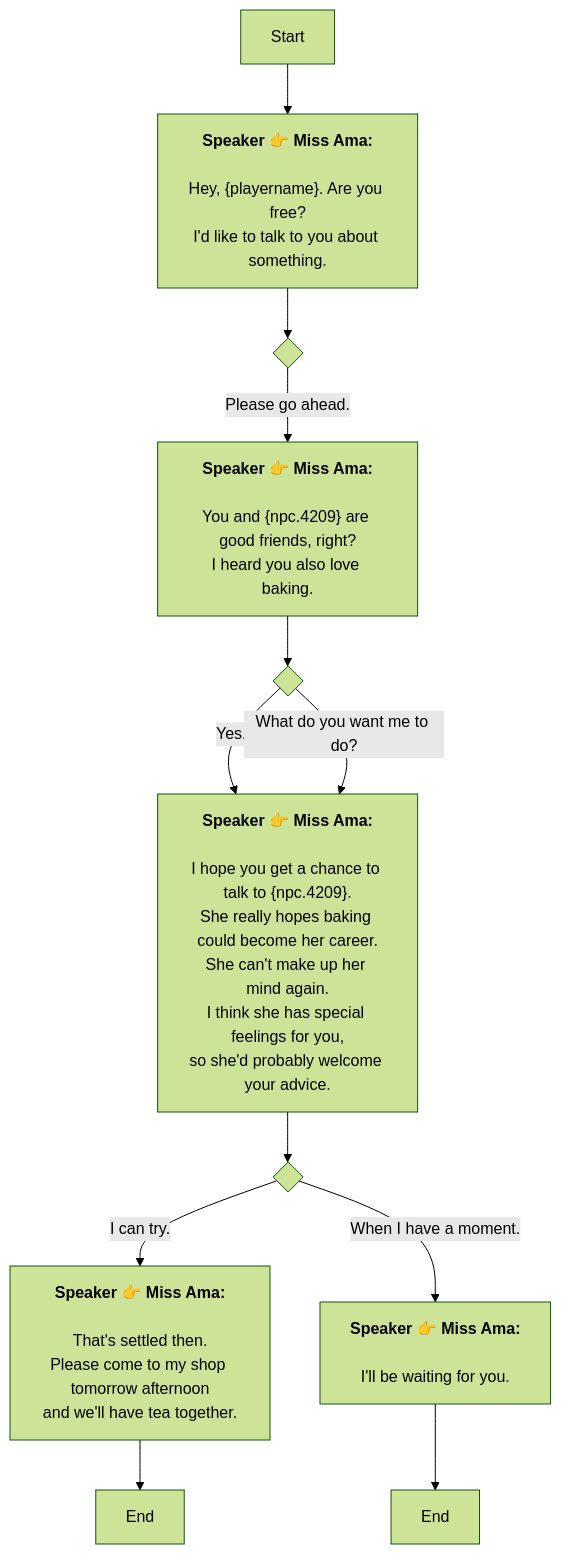
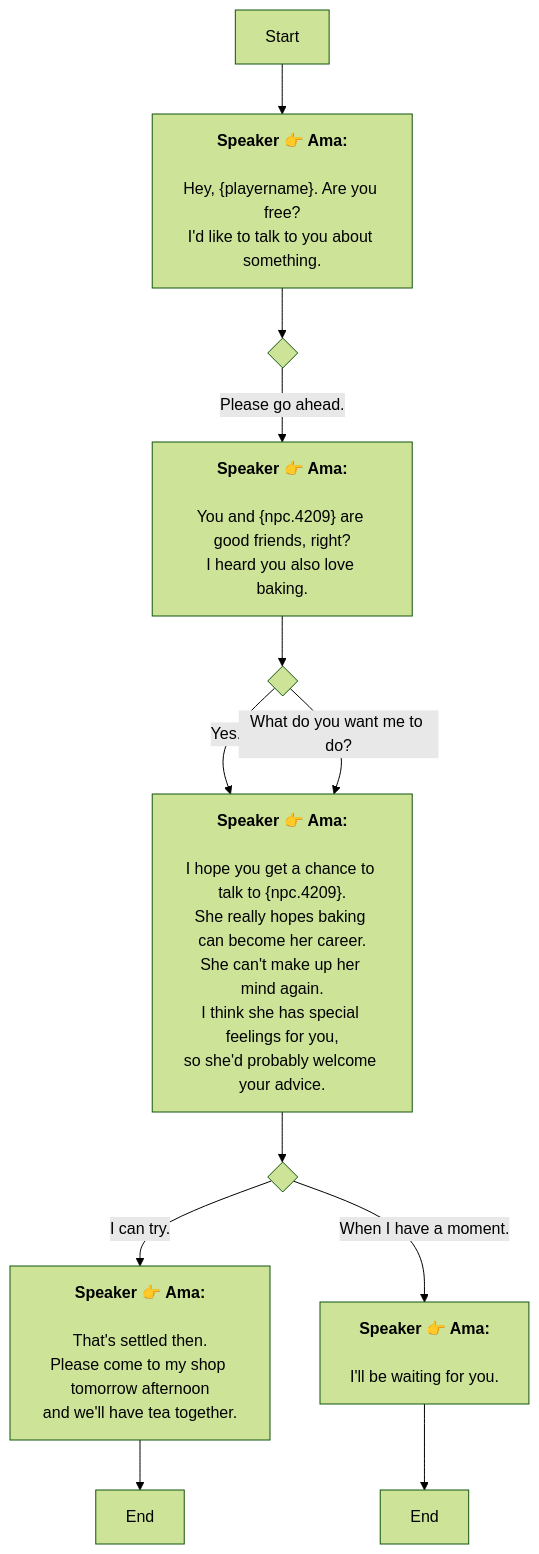
Before and after one commit to SoftHu/tos_avg: the diagram in En/QuestStartTalkENode_1754299649006153.md, drawn with Mermaid (forest theme). The commit also changed 297 other files, not shown here.

````diff
--- a/En/QuestStartTalkENode_1754299649006153.md
+++ b/En/QuestStartTalkENode_1754299649006153.md
@@ -1,39 +1,39 @@
 ```mermaid
 graph
-Start -->1754300389577294[<b>Speaker 👉 Miss Ama:</b>
+Start -->1754300389577294[<b>Speaker 👉 Ama:</b>
 
 Hey, &lbrace;playername&rbrace;. Are you free?
 I'd like to talk to you about something.]
 1754300389577294 -->1754300404323919{ }
-1754300404323919 -->|Please go ahead.|1754300443254355[<b>Speaker 👉 Miss Ama:</b>
+1754300404323919 -->|Please go ahead.|1754300443254355[<b>Speaker 👉 Ama:</b>
 
 You and &lbrace;npc.4209&rbrace; are good friends, right?
 I heard you also love baking.]
 1754300443254355 -->1754300463846996{ }
-1754300463846996 -->|Yes.|1754300489287257[<b>Speaker 👉 Miss Ama:</b>
+1754300463846996 -->|Yes.|1754300489287257[<b>Speaker 👉 Ama:</b>
 
 I hope you get a chance to talk to &lbrace;npc.4209&rbrace;.
-She really hopes baking could become her career.
+She really hopes baking can become her career.
 She can't make up her mind again.
 I think she has special feelings for you,
 so she'd probably welcome your advice.]
-1754300463846996 -->|What do you want me to do?|1754300489287257[<b>Speaker 👉 Miss Ama:</b>
+1754300463846996 -->|What do you want me to do?|1754300489287257[<b>Speaker 👉 Ama:</b>
 
 I hope you get a chance to talk to &lbrace;npc.4209&rbrace;.
-She really hopes baking could become her career.
+She really hopes baking can become her career.
 She can't make up her mind again.
 I think she has special feelings for you,
 so she'd probably welcome your advice.]
 1754300489287257 -->1754300567494234{ }
-1754300567494234 -->|I can try.|1754300932487777[<b>Speaker 👉 Miss Ama:</b>
+1754300567494234 -->|I can try.|1754300932487777[<b>Speaker 👉 Ama:</b>
 
 That's settled then.
 Please come to my shop tomorrow afternoon
 and we'll have tea together.]
-1754300567494234 -->|When I have a moment.|1754300946867810[<b>Speaker 👉 Miss Ama:</b>
+1754300567494234 -->|When I have a moment.|1754300946867810[<b>Speaker 👉 Ama:</b>
 
 I'll be waiting for you.]
 1754300932487777 -->1754300921031264[End]
 1754300946867810 -->1754300914270815[End]
 
  ```
````
